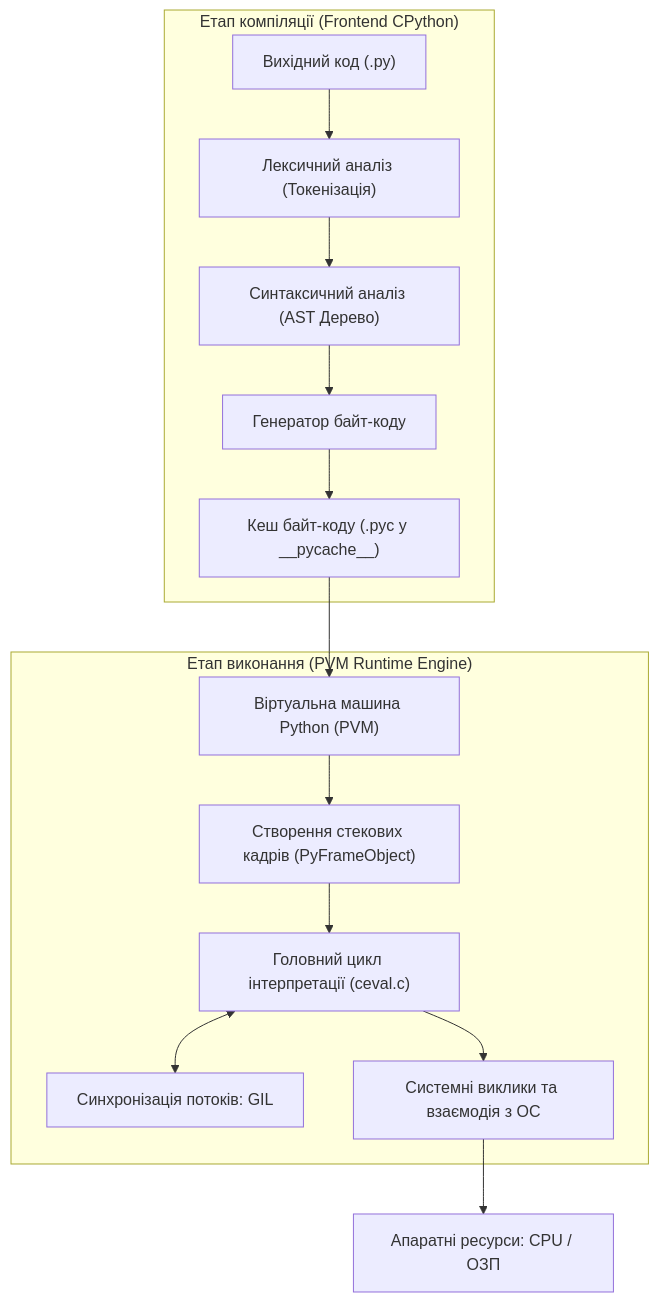
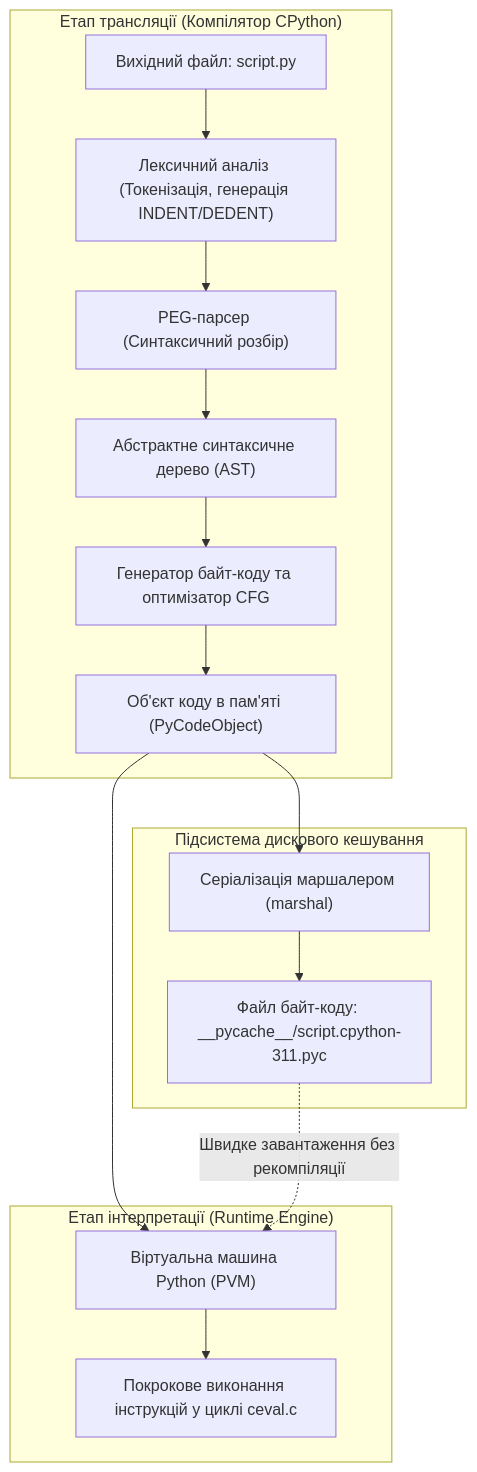
The first of 5 diagrams in docs/lk/lk1.md (KyryloVadurin/python-programming), drawn with Mermaid before and after one commit. The commit also changed other lines of this file, not shown here.

````diff
--- a/docs/lk/lk1.md
+++ b/docs/lk/lk1.md
@@ -11,19 +54,21 @@
 ```mermaid
 flowchart TD
-    subgraph Compilation_Stage["Етап компіляції (Frontend CPython)"]
-        SourceCode["Вихідний код (.py)"] --> Lexer["Лексичний аналіз (Токенізація)"]
-        Lexer --> Parser["Синтаксичний аналіз (AST Дерево)"]
-        Parser --> BytecodeGen["Генератор байт-коду"]
-        BytecodeGen --> PycCache["Кеш байт-коду (.pyc у __pycache__)"]
+    subgraph Frontend["Етап трансляції (Компілятор CPython)"]
+        Source[Вихідний файл: script.py] --> Lexer["Лексичний аналіз (Токенізація, генерація INDENT/DEDENT)"]
+        Lexer --> PEGParser["PEG-парсер (Синтаксичний розбір)"]
+        PEGParser --> AST["Абстрактне синтаксичне дерево (AST)"]
+        AST --> BytecodeGen["Генератор байт-коду та оптимізатор CFG"]
+        BytecodeGen --> PyCode["Об'єкт коду в пам'яті (PyCodeObject)"]
     end
 
-    subgraph Execution_Stage["Етап виконання (PVM Runtime Engine)"]
-        PycCache --> PVM["Віртуальна машина Python (PVM)"]
-        PVM --> FrameAlloc["Створення стекових кадрів (PyFrameObject)"]
-        FrameAlloc --> EvalLoop["Головний цикл інтерпретації (ceval.c)"]
-        EvalLoop <--> GIL["Синхронізація потоків: GIL"]
-        EvalLoop --> OSBridge["Системні виклики та взаємодія з ОС"]
+    subgraph Caching["Підсистема дискового кешування"]
+        PyCode --> PycWriter["Серіалізація маршалером (marshal)"]
+        PycWriter --> PycFile["Файл байт-коду: __pycache__/script.cpython-311.pyc"]
     end
 
-    OSBridge --> Hardware["Апаратні ресурси: CPU / ОЗП"]
+    subgraph Backend["Етап інтерпретації (Runtime Engine)"]
+        PyCode --> PVM["Віртуальна машина Python (PVM)"]
+        PycFile -.->|"Швидке завантаження без рекомпіляції"| PVM
+        PVM --> Execution["Покрокове виконання інструкцій у циклі ceval.c"]
+    end
 ```
````
